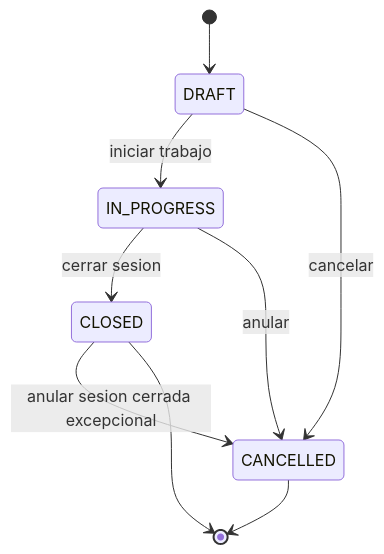
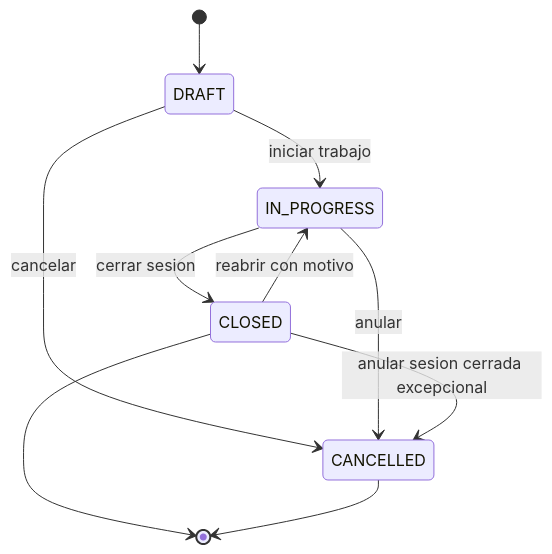
One commit to simonbravin/bloqer-v2 changed diagram 26 of 30 in docs/bloqer2.0/01-domain/STATE_MACHINES.md. Above: the diagram before and after it, drawn with Mermaid. The commit also changed other lines of this file and 313 other files, not shown here.

````diff
--- a/docs/bloqer2.0/01-domain/STATE_MACHINES.md
+++ b/docs/bloqer2.0/01-domain/STATE_MACHINES.md
@@ -754,11 +754,12 @@
 ```mermaid
 stateDiagram-v2
   [*] --> DRAFT
   DRAFT --> IN_PROGRESS : iniciar trabajo
   DRAFT --> CANCELLED : cancelar
   IN_PROGRESS --> CLOSED : cerrar sesion
   IN_PROGRESS --> CANCELLED : anular
+  CLOSED --> IN_PROGRESS : reabrir con motivo
   CLOSED --> CANCELLED : anular sesion cerrada excepcional
   CLOSED --> [*]
   CANCELLED --> [*]
 ```
````
